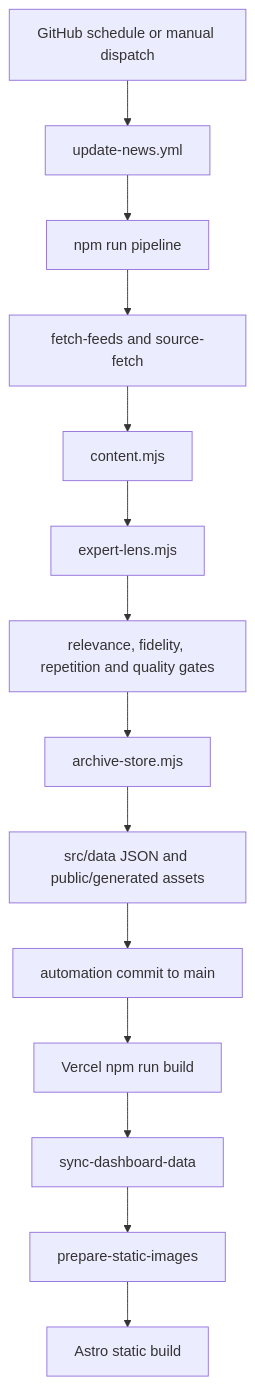
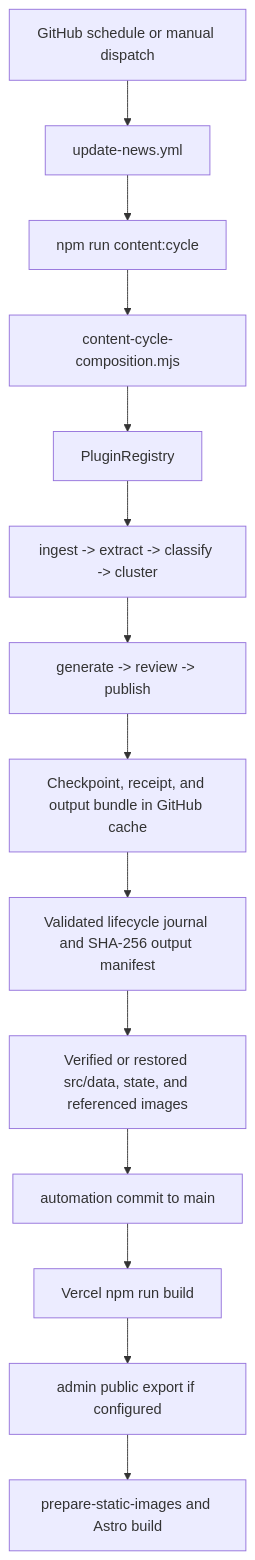
Before and after one commit to Masternode77/ai-news-portal: the diagram in docs/gpt56-runtime-map.md, drawn with Mermaid. The commit also changed other lines of this file and 52 other files, not shown here.

First line of the commit message:
Make content publication recoverable and source-grounded

````diff
--- a/docs/gpt56-runtime-map.md
+++ b/docs/gpt56-runtime-map.md
@@ -5,16 +5,16 @@
 ```mermaid
 flowchart TD
   A["GitHub schedule or manual dispatch"] --> B["update-news.yml"]
-  B --> C["npm run pipeline"]
-  C --> D["fetch-feeds and source-fetch"]
-  D --> E["content.mjs"]
-  E --> F["expert-lens.mjs"]
-  F --> G["relevance, fidelity, repetition and quality gates"]
-  G --> H["archive-store.mjs"]
-  H --> I["src/data JSON and public/generated assets"]
-  I --> J["automation commit to main"]
-  J --> K["Vercel npm run build"]
-  K --> L["sync-dashboard-data"]
-  L --> M["prepare-static-images"]
-  M --> N["Astro static build"]
+  B --> C["npm run content:cycle"]
+  C --> D["content-cycle-composition.mjs"]
+  D --> E["PluginRegistry"]
+  E --> F["ingest -> extract -> classify -> cluster"]
+  F --> G["generate -> review -> publish"]
+  G --> H["Checkpoint, receipt, and output bundle in GitHub cache"]
+  H --> I["Validated lifecycle journal and SHA-256 output manifest"]
+  I --> J["Verified or restored src/data, state, and referenced images"]
+  J --> K["automation commit to main"]
+  K --> L["Vercel npm run build"]
+  L --> M["admin public export if configured"]
+  M --> N["prepare-static-images and Astro build"]
 ```
````
